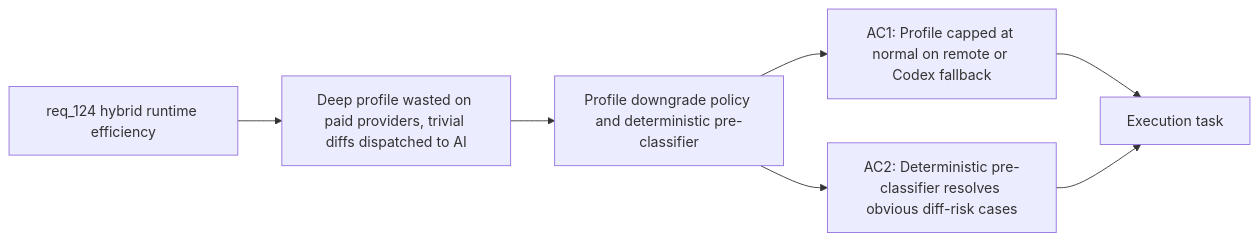
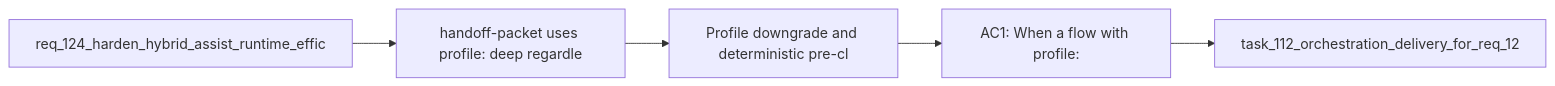
Before and after one commit to AlexAgo83/logics-manager: the diagram in logics/backlog/item_222_profile_downgrade_and_deterministic_pre_classification_for_bounded_flows.md, drawn with Mermaid. The commit also changed other lines of this file and 481 other files, not shown here.

````diff
--- a/logics/backlog/item_222_profile_downgrade_and_deterministic_pre_classification_for_bounded_flows.md
+++ b/logics/backlog/item_222_profile_downgrade_and_deterministic_pre_classification_for_bounded_flows.md
@@ -22,11 +22,9 @@
 ```mermaid
 %% logics-kind: backlog
 %% logics-signature: backlog|profile-downgrade-and-deterministic-pre-|req-124-harden-hybrid-assist-runtime-eff|handoff-packet-uses-profile-deep-regardl|ac1-when-a-flow-with-profile
 flowchart LR
-    Request[req_124 hybrid runtime efficiency] --> Problem[Deep profile wasted on paid providers, trivial diffs dispatched to AI]
-    Problem --> Scope[Profile downgrade policy and deterministic pre-classifier]
-    Scope --> AC1[AC1: Profile capped at normal on remote or Codex fallback]
-    Scope --> AC2[AC2: Deterministic pre-classifier resolves obvious diff-risk cases]
-    AC1 --> Tasks[Execution task]
-    AC2 --> Tasks
+    Request[req_124_harden_hybrid_assist_runtime_effic] --> Problem[handoff-packet uses profile: deep regardle]
+    Problem --> Scope[Profile downgrade and deterministic pre-cl]
+    Scope --> Acceptance[AC1: When a flow with profile:]
+    Acceptance --> Tasks[task_112_orchestration_delivery_for_req_12]
 ```
````
